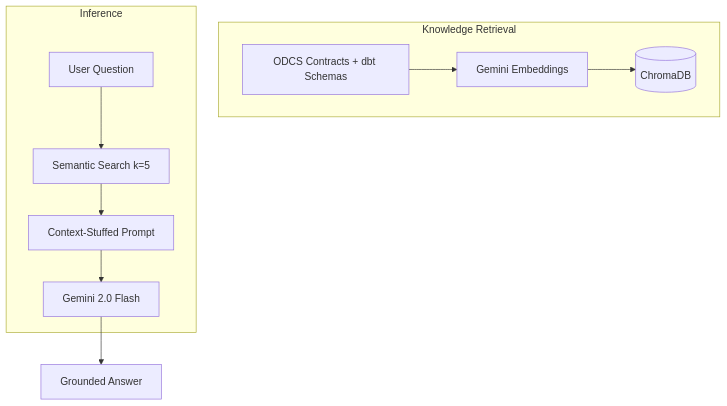
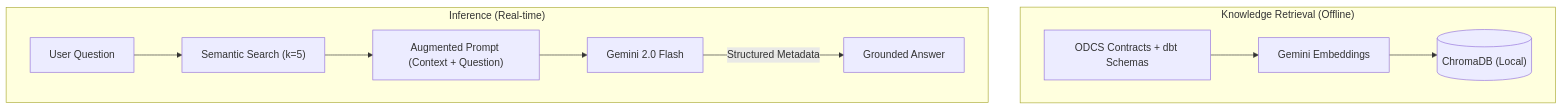
Before and after one commit to Chugh-Gourav/deftunes_data_engineering_rag_capstone: the second of 2 diagrams in README.md, drawn with Mermaid. The commit also changed other lines of this file and 1 other file, not shown here.

````diff
--- a/README.md
+++ b/README.md
@@ -51,15 +49,14 @@
 ```mermaid
 flowchart TD
-    subgraph "Knowledge Retrieval"
-        A[ODCS Contracts + dbt Schemas] --> B[Gemini Embeddings]
-        B --> C[(ChromaDB)]
+    subgraph "Knowledge Retrieval (Offline)"
+        A["ODCS Contracts + dbt Schemas"] --> B["Gemini Embeddings"]
+        B --> C[("ChromaDB (Local)")]
     end
     
-    subgraph "Inference"
-        D[User Question] --> E[Semantic Search k=5]
-        E --> F[Context-Stuffed Prompt]
-        F --> G[Gemini 2.0 Flash]
+    subgraph "Inference (Real-time)"
+        D["User Question"] --> E["Semantic Search (k=5)"]
+        E --> F["Augmented Prompt (Context + Question)"]
+        F --> G["Gemini 2.0 Flash"]
+        G -- "Structured Metadata" --> H["Grounded Answer"]
     end
-    
-    G --> H[Grounded Answer]
 ```
````
